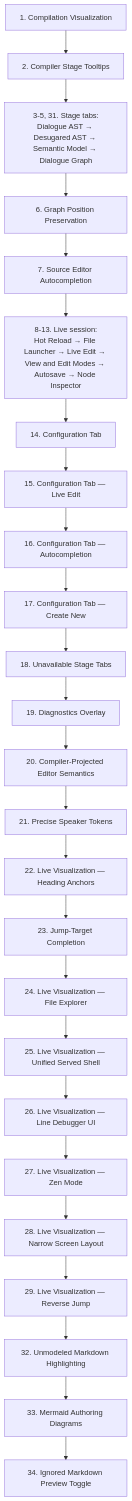
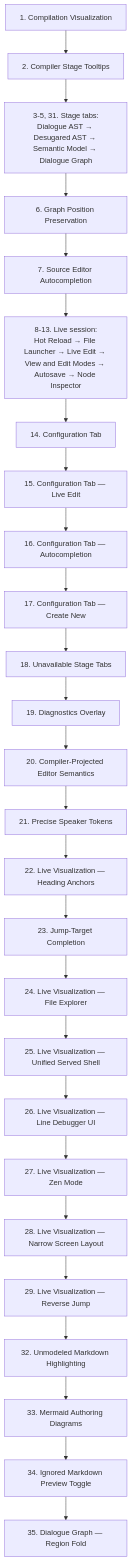
The third of 3 diagrams in docs/contributing/design-notes/README.md (pengzhengyi/dialoguedown), drawn with Mermaid before and after one commit. The commit also changed other lines of this file and 13 other files, not shown here.

First line of the commit message:
feat(visualization): fold a scene in the Dialogue Graph

````diff
--- a/docs/contributing/design-notes/README.md
+++ b/docs/contributing/design-notes/README.md
@@ -137,27 +137,28 @@
 ```mermaid
 flowchart TB
     CV["1. Compilation Visualization"] --> TT["2. Compiler Stage Tooltips"]
     TT --> TABS["3-5, 31. Stage tabs:<br/>Dialogue AST → Desugared AST → Semantic Model → Dialogue Graph"]
     TABS --> GX["6. Graph Position Preservation"]
     GX --> AC["7. Source Editor Autocompletion"]
     AC --> LIVE["8-13. Live session:<br/>Hot Reload → File Launcher → Live Edit → View and Edit Modes → Autosave → Node Inspector"]
     LIVE --> CFG["14. Configuration Tab"]
     CFG --> CFGLE["15. Configuration Tab — Live Edit"]
     CFGLE --> CFGAC["16. Configuration Tab — Autocompletion"]
     CFGAC --> CFGCN["17. Configuration Tab — Create New"]
     CFGCN --> UST["18. Unavailable Stage Tabs"]
     UST --> DGO["19. Diagnostics Overlay"]
     DGO --> CPE["20. Compiler-Projected Editor Semantics"]
     CPE --> PST["21. Precise Speaker Tokens"]
     PST --> HA["22. Live Visualization — Heading Anchors"]
     HA --> JTC["23. Jump-Target Completion"]
     JTC --> FE["24. Live Visualization — File Explorer"]
     FE --> USS["25. Live Visualization — Unified Served Shell"]
     USS --> LDU["26. Live Visualization — Line Debugger UI"]
     LDU --> ZEN["27. Live Visualization — Zen Mode"]
     ZEN --> NSL["28. Live Visualization — Narrow Screen Layout"]
     NSL --> RJ["29. Live Visualization — Reverse Jump"]
     RJ --> UMH["32. Unmodeled Markdown Highlighting"]
     UMH --> MAD["33. Mermaid Authoring Diagrams"]
     MAD --> IMT["34. Ignored Markdown Preview Toggle"]
+    IMT --> DGRF["35. Dialogue Graph — Region Fold"]
 ```
````
